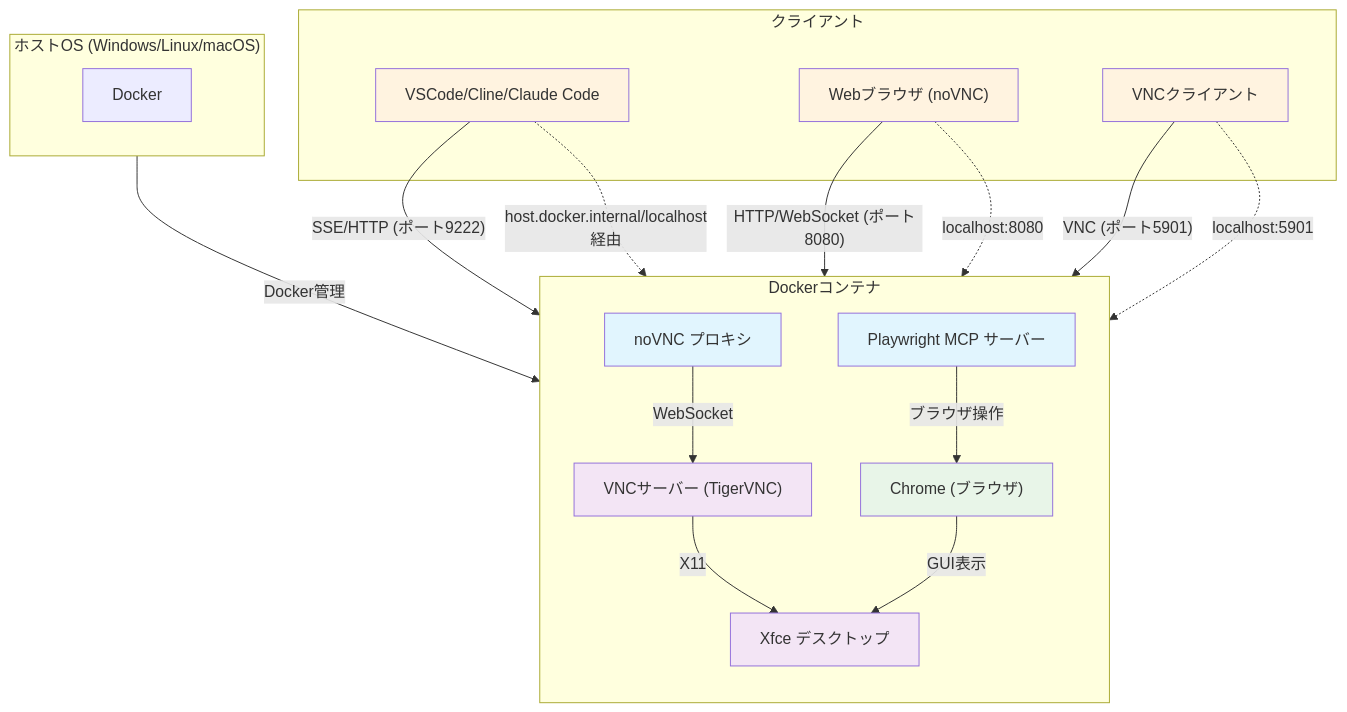
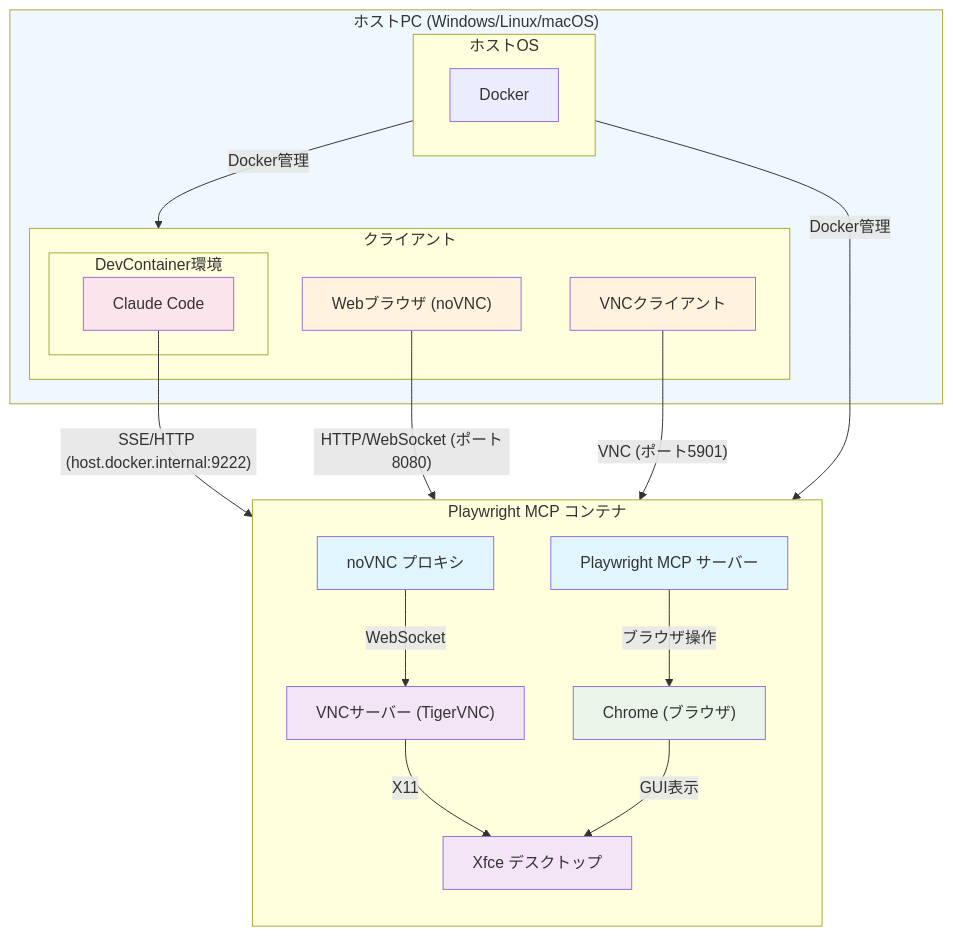
The diagram in README.md (koupent/playwright-mcp-docker), drawn with Mermaid before and after one commit.

Commit message:
README.mdのフローチャートを更新し、ホストPCおよびDevContainer環境の構成を明確化しました。また、MCP接続の説明を修正し、スタイルクラスを追加しました。

````diff
--- a/README.md
+++ b/README.md
@@ -23,53 +23,57 @@
 ```mermaid
 flowchart TD
-  subgraph Client["クライアント"]
-    VSCode["VSCode/Cline/Claude Code"]
-    WebBrowser["Webブラウザ (noVNC)"]
-    VNCClient["VNCクライアント"]
+  subgraph HostPC["ホストPC (Windows/Linux/macOS)"]
+    subgraph Client["クライアント"]
+      subgraph DevContainer["DevContainer環境"]
+        ClaudeCode["Claude Code"]
+      end
+      WebBrowser["Webブラウザ (noVNC)"]
+      VNCClient["VNCクライアント"]
+    end
+
+    subgraph HostOS["ホストOS"]
+      Docker["Docker"]
+    end
   end
 
-  subgraph Host["ホストOS (Windows/Linux/macOS)"]
-    Docker["Docker"]
-  end
-
-  subgraph Container["Dockerコンテナ"]
+  subgraph PlaywrightContainer["Playwright MCP コンテナ"]
     direction TB
     MCP["Playwright MCP サーバー"]
     Chrome["Chrome (ブラウザ)"]
     VNCServer["VNCサーバー (TigerVNC)"]
     noVNC["noVNC プロキシ"]
     Desktop["Xfce デスクトップ"]
   end
 
-  %% MCP接続
-  VSCode -- "SSE/HTTP (ポート9222)" --> MCP
+  %% MCP接続 (コンテナtoコンテナ)
+  ClaudeCode -- "SSE/HTTP (host.docker.internal:9222)" --> MCP
   MCP -- "ブラウザ操作" --> Chrome
 
   %% VNC接続
   WebBrowser -- "HTTP/WebSocket (ポート8080)" --> noVNC
   noVNC -- "WebSocket" --> VNCServer
   VNCClient -- "VNC (ポート5901)" --> VNCServer
 
   %% デスクトップ環境
   VNCServer -- "X11" --> Desktop
   Chrome -- "GUI表示" --> Desktop
 
   %% ホスト環境
-  Host -- "Docker管理" --> Container
-
-  %% 間接接続
-  VSCode -. "host.docker.internal/localhost経由" .-> MCP
-  WebBrowser -. "localhost:8080" .-> noVNC
-  VNCClient -. "localhost:5901" .-> VNCServer
+  HostOS -- "Docker管理" --> PlaywrightContainer
+  HostOS -- "Docker管理" --> Client
 
   %% スタイル
   classDef mcp fill:#e1f5fe
   classDef vnc fill:#f3e5f5
   classDef browser fill:#e8f5e8
   classDef client fill:#fff3e0
+  classDef devcontainer fill:#fce4ec
+  classDef hostpc fill:#f0f8ff
 
   class MCP,noVNC mcp
   class VNCServer,Desktop vnc
   class Chrome browser
-  class VSCode,WebBrowser,VNCClient client
+  class WebBrowser,VNCClient client
+  class ClaudeCode devcontainer
+  class HostPC hostpc
 ```
````
